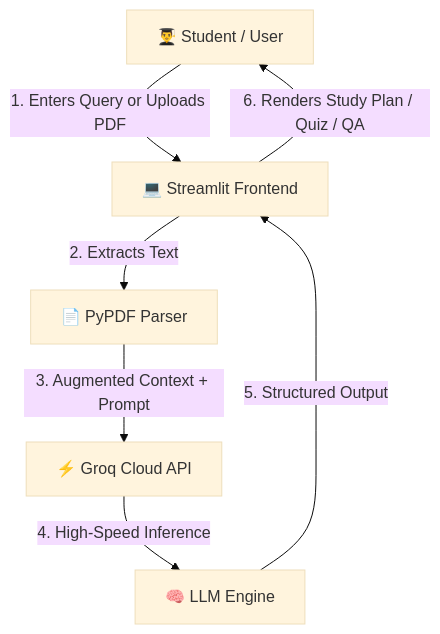
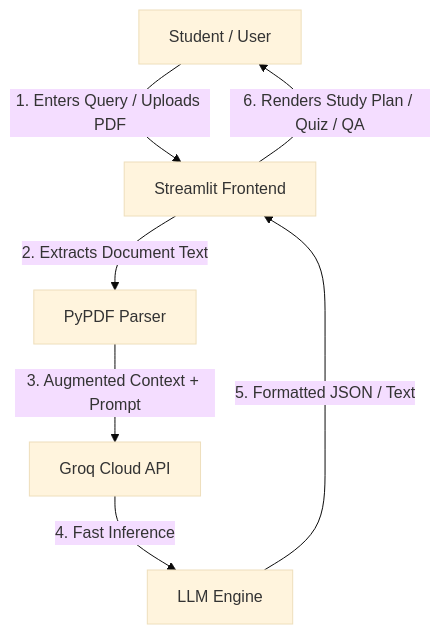
Before and after one commit to HarshitG2006/GenAI_learning_assistant: the diagram in README.md, drawn with Mermaid (base theme).

Commit message:
Update README with mermaid architecture diagram

````diff
--- a/README.md
+++ b/README.md
@@ -14,9 +14,9 @@
 ```mermaid
 flowchart TD
-    A[👨‍🎓 Student / User] -->|1. Enters Query or Uploads PDF| B[💻 Streamlit Frontend]
-    B -->|2. Extracts Text| C[📄 PyPDF Parser]
-    C -->|3. Augmented Context + Prompt| D[⚡ Groq Cloud API]
-    D -->|4. High-Speed Inference| E[🧠 LLM Engine]
-    E -->|5. Structured Output| B
-    B -->|6. Renders Study Plan / Quiz / QA| A
+    A["Student / User"] -->|"1. Enters Query / Uploads PDF"| B["Streamlit Frontend"]
+    B -->|"2. Extracts Document Text"| C["PyPDF Parser"]
+    C -->|"3. Augmented Context + Prompt"| D["Groq Cloud API"]
+    D -->|"4. Fast Inference"| E["LLM Engine"]
+    E -->|"5. Formatted JSON / Text"| B
+    B -->|"6. Renders Study Plan / Quiz / QA"| A
 ```
````
